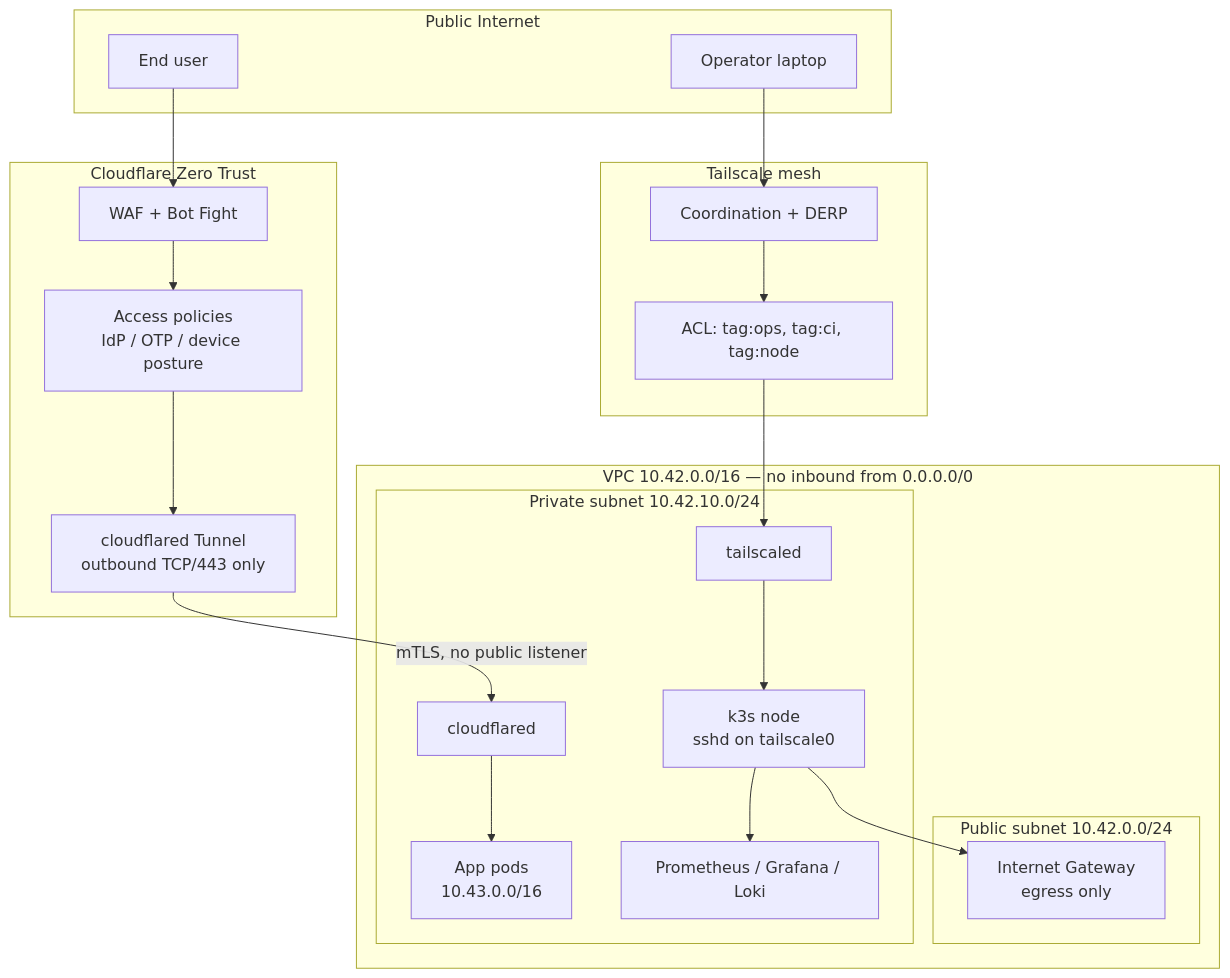
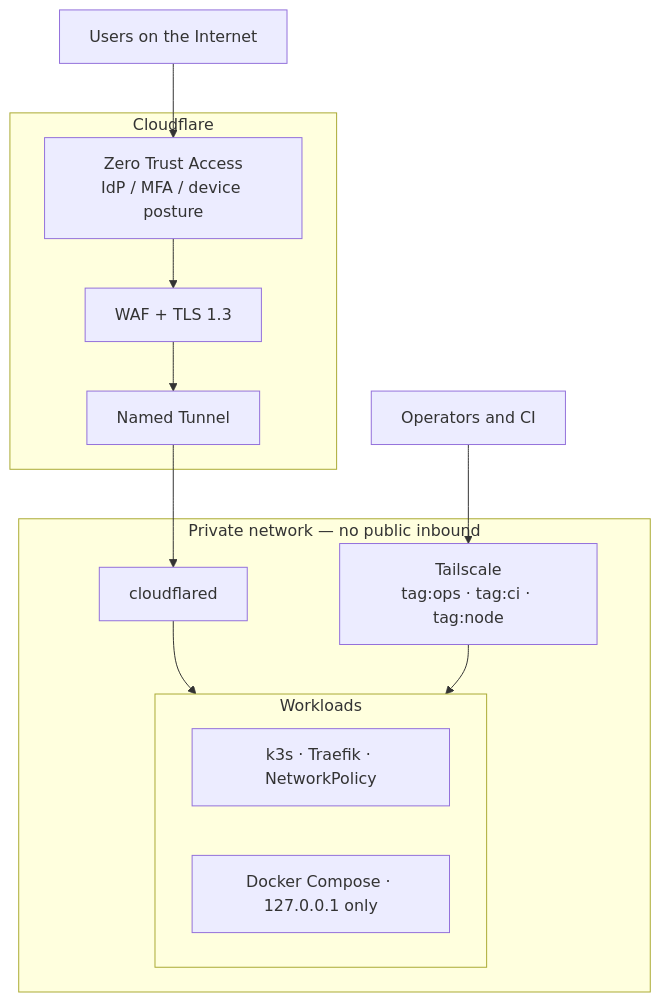
The second of 2 diagrams in README.md (Kikyo987/zero-trust-edge), drawn with Mermaid before and after one commit. The commit also changed other lines of this file and 1 other file, not shown here.

First line of the commit message:
Rewrite README and architecture around the zero-inbound packet path

````diff
--- a/README.md
+++ b/README.md
@@ -51,38 +31,23 @@
 ```mermaid
 flowchart TB
-  subgraph Internet["Public Internet"]
-    User["End user"]
-    Op["Operator laptop"]
+  Users["Users on the Internet"]
+  Ops["Operators and CI"]
+
+  subgraph Cloudflare["Cloudflare"]
+    Access["Zero Trust Access<br/>IdP / MFA / device posture"]
+    WAF["WAF + TLS 1.3"]
+    Named["Named Tunnel"]
   end
 
-  subgraph CF["Cloudflare Zero Trust"]
-    WAF["WAF + Bot Fight"]
-    Access["Access policies<br/>IdP / OTP / device posture"]
-    Tunnel["cloudflared Tunnel<br/>outbound TCP/443 only"]
-  end
-
-  subgraph TS["Tailscale mesh"]
-    Coord["Coordination + DERP"]
-    ACL["ACL: tag:ops, tag:ci, tag:node"]
-  end
-
-  subgraph AWS["VPC 10.42.0.0/16 — no inbound from 0.0.0.0/0"]
-    subgraph Public["Public subnet 10.42.0.0/24"]
-      IGW["Internet Gateway<br/>egress only"]
-    end
-    subgraph Private["Private subnet 10.42.10.0/24"]
-      Node["k3s node<br/>sshd on tailscale0"]
-      Pod["App pods<br/>10.43.0.0/16"]
-      Mon["Prometheus / Grafana / Loki"]
-      CFDs["cloudflared"]
-      TSnode["tailscaled"]
+  subgraph Private["Private network — no public inbound"]
+    TS["Tailscale<br/>tag:ops · tag:ci · tag:node"]
+    CFD["cloudflared"]
+    subgraph Work["Workloads"]
+      K3S["k3s · Traefik · NetworkPolicy"]
+      Docker["Docker Compose · 127.0.0.1 only"]
     end
   end
 
-  User --> WAF --> Access --> Tunnel
-  Tunnel -->|"mTLS, no public listener"| CFDs --> Pod
-  Op --> Coord --> ACL --> TSnode
-  TSnode --> Node
-  Node --> Mon
-  Node --> IGW
+  Users --> Access --> WAF --> Named --> CFD --> Work
+  Ops --> TS --> Work
 ```
````
